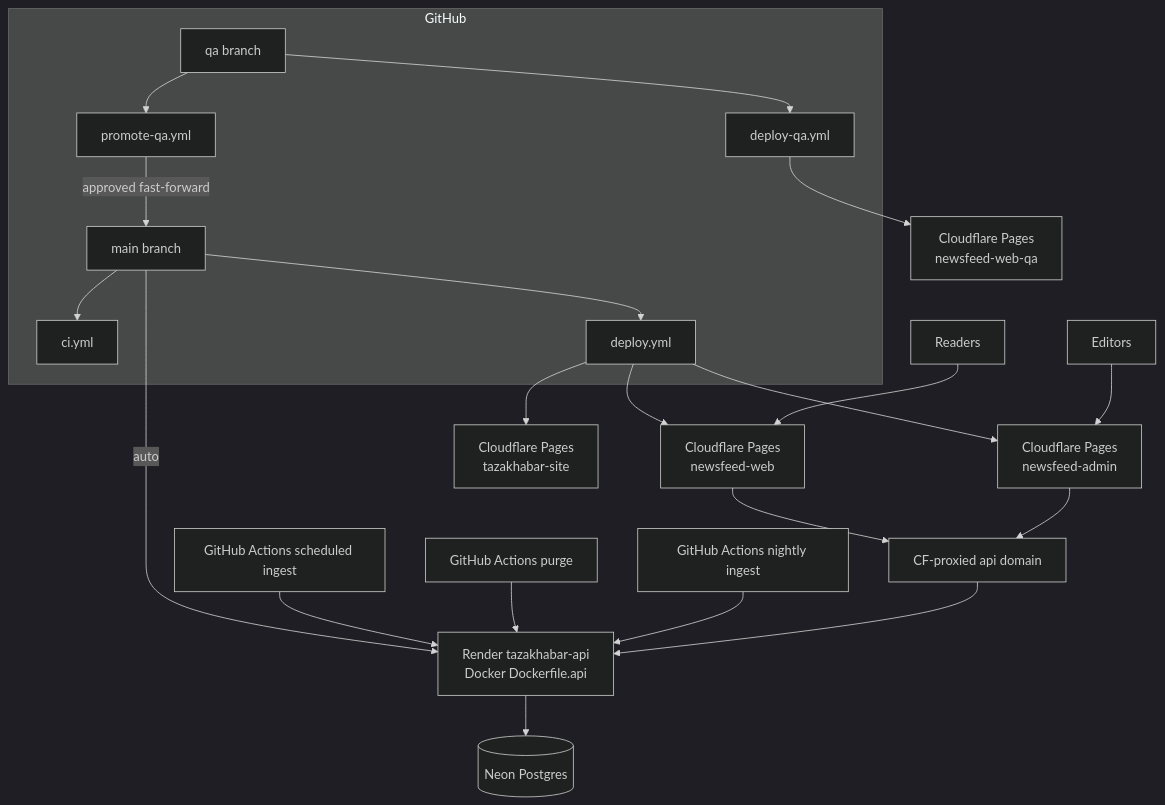
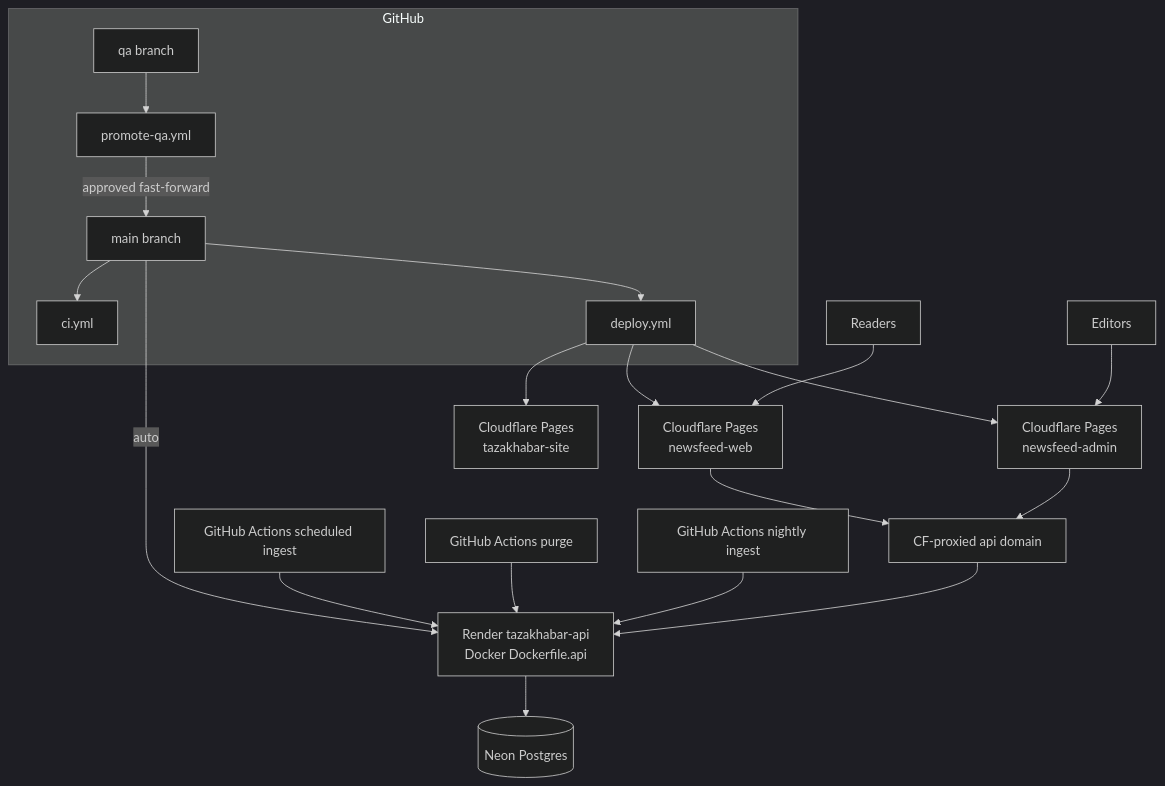
One commit to sshivanshg/TAZAkhabar changed the diagram in docs/architecture/08-hosting-and-ci.md. Above: the diagram before and after it, drawn with Mermaid (dark theme). The commit also changed other lines of this file and 1 other file, not shown here.

Commit message:
ci: simplify QA promotion to branch-only flow

````diff
--- a/docs/architecture/08-hosting-and-ci.md
+++ b/docs/architecture/08-hosting-and-ci.md
@@ -17,31 +17,28 @@
 ```mermaid
 flowchart TB
   subgraph gh [GitHub]
     QA[qa branch]
     Main[main branch]
     CI[ci.yml]
     Deploy[deploy.yml]
-    DeployQA[deploy-qa.yml]
     PromoteQA[promote-qa.yml]
   end
 
-  QA --> DeployQA
   QA --> PromoteQA
   PromoteQA -->|approved fast-forward| Main
   Main --> CI
   Main -->|auto| Render[Render tazakhabar-api<br/>Docker Dockerfile.api]
   Main --> Deploy
   Deploy --> PagesWeb[Cloudflare Pages<br/>newsfeed-web]
-  DeployQA --> PagesQA[Cloudflare Pages<br/>newsfeed-web-qa]
   Deploy --> PagesSite[Cloudflare Pages<br/>tazakhabar-site]
   Deploy --> PagesAdmin[Cloudflare Pages<br/>newsfeed-admin]
   Render --> Neon[(Neon Postgres)]
   GHAIngest[GitHub Actions scheduled ingest] --> Render
   GHAPurge[GitHub Actions purge] --> Render
   CronDaily[GitHub Actions nightly ingest] --> Render
   Readers[Readers] --> PagesWeb
   Editors[Editors] --> PagesAdmin
   PagesWeb --> CFAPI[CF-proxied api domain]
   PagesAdmin --> CFAPI
   CFAPI --> Render
 ```
````
